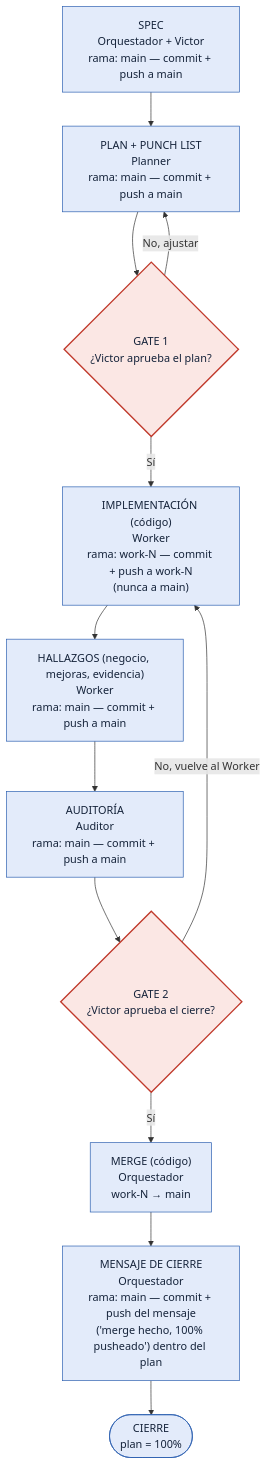
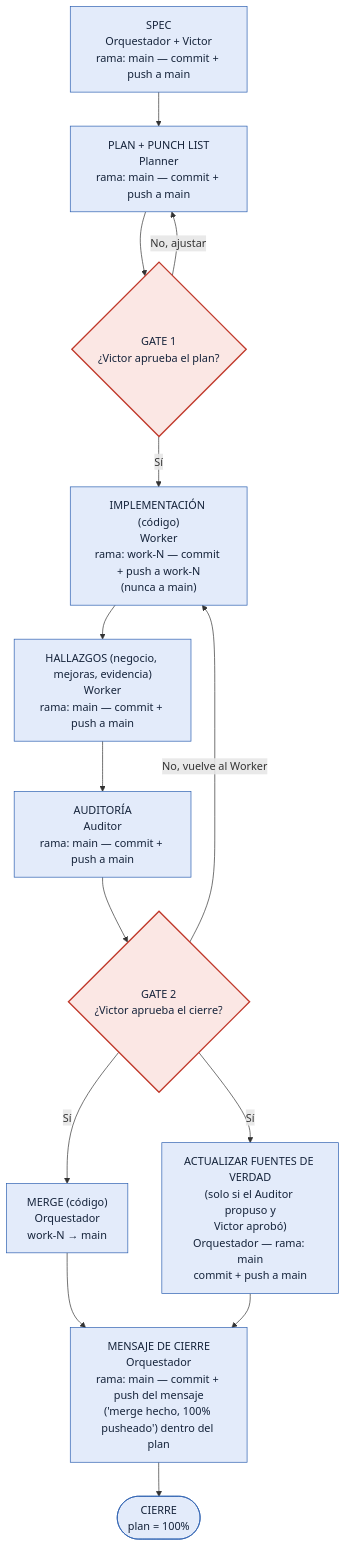
One commit to 220682/pg_control_proyectos changed the diagram in diagrama-commit-push-merge-gates.md. Above: the diagram before and after it, drawn with Mermaid. The commit also changed other lines of this file, not shown here.

Commit message:
docs: separa merge de codigo y push de fuentes de verdad tras Gate 2
Tras el Gate 2 ocurren dos cosas en paralelo: merge de work-N a main
(codigo), y push de cambios aprobados a fuentes de verdad centrales
si el Auditor los propuso. Ambas preceden al mensaje de cierre.

````diff
--- a/diagrama-commit-push-merge-gates.md
+++ b/diagrama-commit-push-merge-gates.md
@@ -21,24 +22,27 @@
 ```mermaid
 flowchart TD
     N1["SPEC<br/>Orquestador + Victor<br/>rama: main — commit + push a main"]
     N2["PLAN + PUNCH LIST<br/>Planner<br/>rama: main — commit + push a main"]
     G1{"GATE 1<br/>¿Victor aprueba el plan?"}
     N3["IMPLEMENTACIÓN (código)<br/>Worker<br/>rama: work-N — commit + push a work-N<br/>(nunca a main)"]
     N4["HALLAZGOS (negocio, mejoras, evidencia)<br/>Worker<br/>rama: main — commit + push a main"]
     N5["AUDITORÍA<br/>Auditor<br/>rama: main — commit + push a main"]
     G2{"GATE 2<br/>¿Victor aprueba el cierre?"}
-    N6["MERGE (código)<br/>Orquestador<br/>work-N → main"]
+    N6a["MERGE (código)<br/>Orquestador<br/>work-N → main"]
+    N6b["ACTUALIZAR FUENTES DE VERDAD<br/>(solo si el Auditor propuso y<br/>Victor aprobó)<br/>Orquestador — rama: main<br/>commit + push a main"]
     N7["MENSAJE DE CIERRE<br/>Orquestador<br/>rama: main — commit + push del mensaje<br/>('merge hecho, 100% pusheado') dentro del plan"]
     N8(["CIERRE<br/>plan = 100%"])
 
     N1 --> N2 --> G1
     G1 -- No, ajustar --> N2
     G1 -- Sí --> N3 --> N4 --> N5 --> G2
     G2 -- No, vuelve al Worker --> N3
-    G2 -- Sí --> N6 --> N7 --> N8
+    G2 -- Sí --> N6a --> N7
+    G2 -- Sí --> N6b --> N7
+    N7 --> N8
 
     classDef gate fill:#fbe7e4,stroke:#c0392b,color:#15233a,stroke-width:2px;
     classDef paso fill:#e3ebfa,stroke:#2b5fb0,color:#15233a;
     class G1,G2 gate;
-    class N1,N2,N3,N4,N5,N6,N7,N8 paso;
+    class N1,N2,N3,N4,N5,N6a,N6b,N7,N8 paso;
 ```
````
